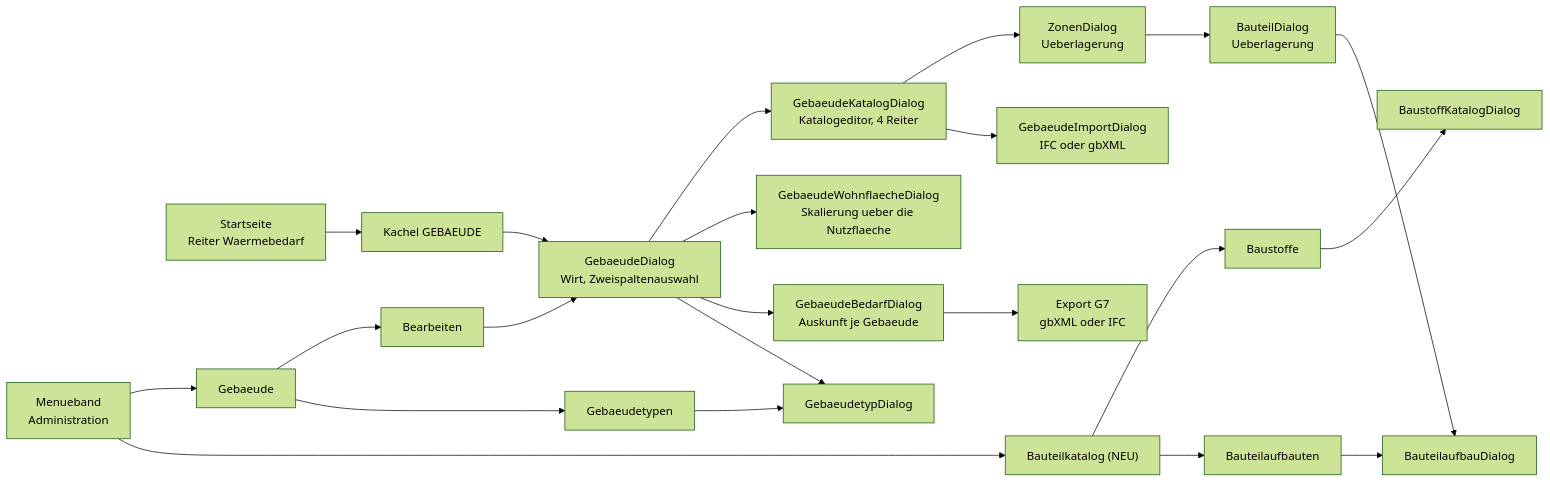
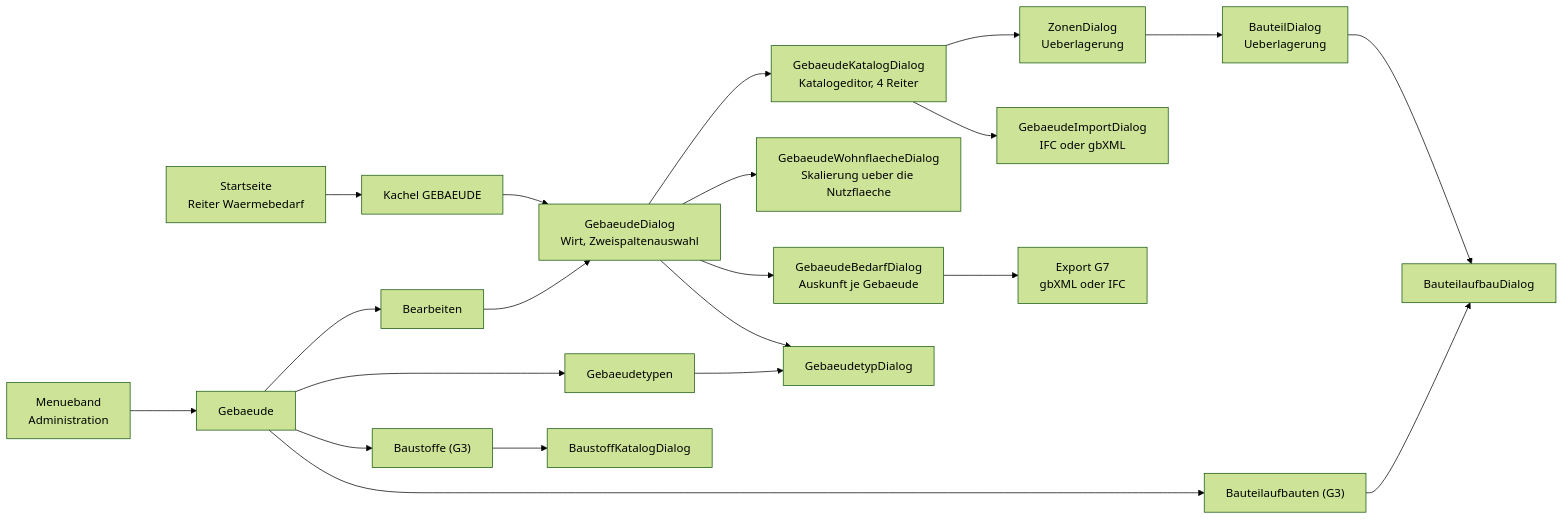
Before and after one commit to inekon/EPOS-Plan: the ninth of 16 diagrams in Dokumentation/aktuell/Softwarearchitektur_Gebaeudesimulation_EPOS-Plan.md, drawn with Mermaid (forest theme). The commit also changed other lines of this file and 4 other files, not shown here.

````diff
--- a/Dokumentation/aktuell/Softwarearchitektur_Gebaeudesimulation_EPOS-Plan.md
+++ b/Dokumentation/aktuell/Softwarearchitektur_Gebaeudesimulation_EPOS-Plan.md
@@ -1477,26 +1493,25 @@
 ```mermaid
 flowchart LR
   ST["Startseite<br/>Reiter Waermebedarf"] --> K["Kachel GEBAEUDE"]
   MN["Menueband<br/>Administration"] --> MG["Gebaeude"]
-  MN --> MB["Bauteilkatalog (NEU)"]
   MG --> MG1["Bearbeiten"]
   MG --> MG2["Gebaeudetypen"]
-  MB --> MB1["Baustoffe"]
-  MB --> MB2["Bauteilaufbauten"]
+  MG --> MB1["Baustoffe (G3)"]
+  MG --> MB2["Bauteilaufbauten (G3)"]
 
   K --> WIRT["GebaeudeDialog<br/>Wirt, Zweispaltenauswahl"]
   MG1 --> WIRT
   MG2 --> GT["GebaeudetypDialog"]
   MB1 --> BST["BaustoffKatalogDialog"]
   MB2 --> BTA["BauteilaufbauDialog"]
 
   WIRT --> ED["GebaeudeKatalogDialog<br/>Katalogeditor, 4 Reiter"]
   WIRT --> WF["GebaeudeWohnflaecheDialog<br/>Skalierung ueber die Nutzflaeche"]
   WIRT --> BD["GebaeudeBedarfDialog<br/>Auskunft je Gebaeude"]
   WIRT --> GT
   ED --> ZON["ZonenDialog<br/>Ueberlagerung"]
   ZON --> BTL["BauteilDialog<br/>Ueberlagerung"]
   BTL --> BTA
   ED --> IMP["GebaeudeImportDialog<br/>IFC oder gbXML"]
   BD --> EXP["Export G7<br/>gbXML oder IFC"]
 ```
````
